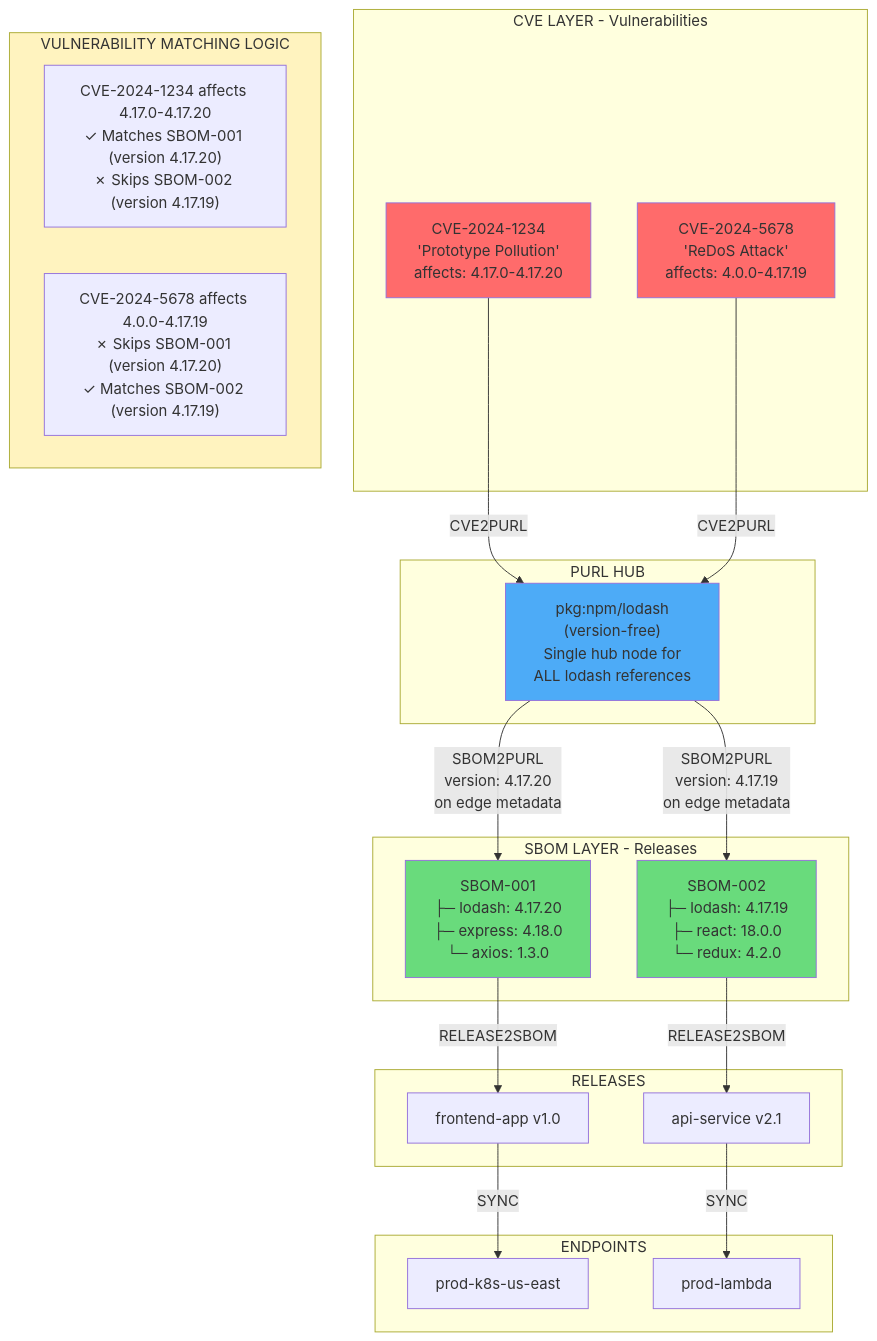
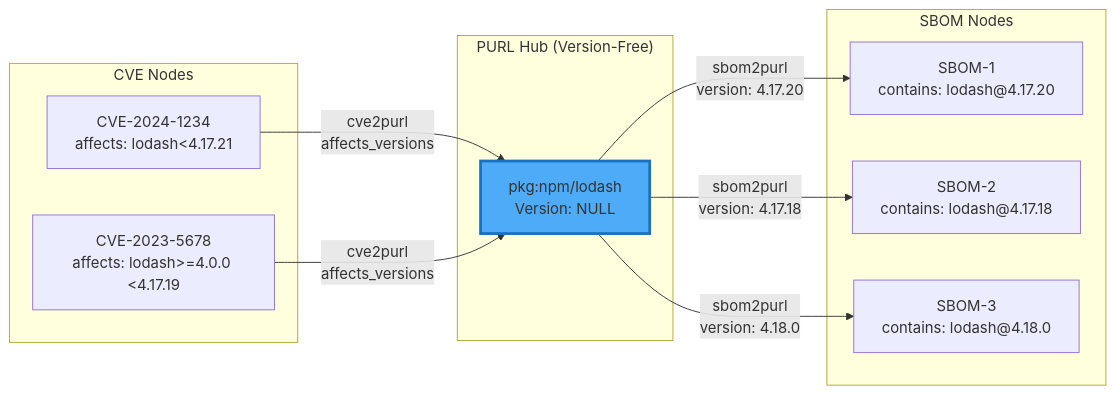
Diagram 13 of 15 in design.md (codeWithUtkarsh/pdvd-backend), drawn with Mermaid before and after one commit. The commit also changed other lines of this file and 2 other files, not shown here.

````diff
--- a/design.md
+++ b/design.md
@@ -408,46 +1207,26 @@
 ```mermaid
-flowchart TB
-    subgraph CVELayer["CVE LAYER - Vulnerabilities"]
-        CVE1["CVE-2024-1234<br/>'Prototype Pollution'<br/>affects: 4.17.0-4.17.20"]
-        CVE2["CVE-2024-5678<br/>'ReDoS Attack'<br/>affects: 4.0.0-4.17.19"]
+graph LR
+    subgraph CVEs["CVE Nodes"]
+        C1[CVE-2024-1234<br/>affects: lodash<4.17.21]
+        C2[CVE-2023-5678<br/>affects: lodash>=4.0.0 <4.17.19]
     end
     
-    subgraph Hub["PURL HUB"]
-        PURL["pkg:npm/lodash<br/>(version-free)<br/>Single hub node for<br/>ALL lodash references"]
+    subgraph Hub["PURL Hub (Version-Free)"]
+        P[pkg:npm/lodash<br/>Version: NULL]
     end
     
-    subgraph SBOMLayer["SBOM LAYER - Releases"]
-        SBOM1["SBOM-001<br/>├─ lodash: 4.17.20<br/>├─ express: 4.18.0<br/>└─ axios: 1.3.0"]
-        SBOM2["SBOM-002<br/>├─ lodash: 4.17.19<br/>├─ react: 18.0.0<br/>└─ redux: 4.2.0"]
+    subgraph SBOMs["SBOM Nodes"]
+        S1[SBOM-1<br/>contains: lodash@4.17.20]
+        S2[SBOM-2<br/>contains: lodash@4.17.18]
+        S3[SBOM-3<br/>contains: lodash@4.18.0]
     end
     
-    subgraph ReleaseLayer["RELEASES"]
-        REL1["frontend-app v1.0"]
-        REL2["api-service v2.1"]
-    end
+    C1 -->|cve2purl<br/>affects_versions| P
+    C2 -->|cve2purl<br/>affects_versions| P
     
-    subgraph EndpointLayer["ENDPOINTS"]
-        EP1["prod-k8s-us-east"]
-        EP2["prod-lambda"]
-    end
+    P -->|sbom2purl<br/>version: 4.17.20| S1
+    P -->|sbom2purl<br/>version: 4.17.18| S2
+    P -->|sbom2purl<br/>version: 4.18.0| S3
     
-    subgraph Matching["VULNERABILITY MATCHING LOGIC"]
-        Match1["CVE-2024-1234 affects 4.17.0-4.17.20<br/>✓ Matches SBOM-001 (version 4.17.20)<br/>✗ Skips SBOM-002 (version 4.17.19)"]
-        Match2["CVE-2024-5678 affects 4.0.0-4.17.19<br/>✗ Skips SBOM-001 (version 4.17.20)<br/>✓ Matches SBOM-002 (version 4.17.19)"]
-    end
-    
-    CVE1 & CVE2 -->|CVE2PURL| PURL
-    PURL -->|SBOM2PURL<br/>version: 4.17.20<br/>on edge metadata| SBOM1
-    PURL -->|SBOM2PURL<br/>version: 4.17.19<br/>on edge metadata| SBOM2
-    SBOM1 -->|RELEASE2SBOM| REL1
-    SBOM2 -->|RELEASE2SBOM| REL2
-    REL1 -->|SYNC| EP1
-    REL2 -->|SYNC| EP2
-    
-    style CVE1 fill:#ff6b6b
-    style CVE2 fill:#ff6b6b
-    style PURL fill:#4dabf7
-    style SBOM1 fill:#69db7c
-    style SBOM2 fill:#69db7c
-    style Matching fill:#fff3bf
+    style P fill:#4dabf7,stroke:#1971c2,stroke-width:3px
 ```
````
